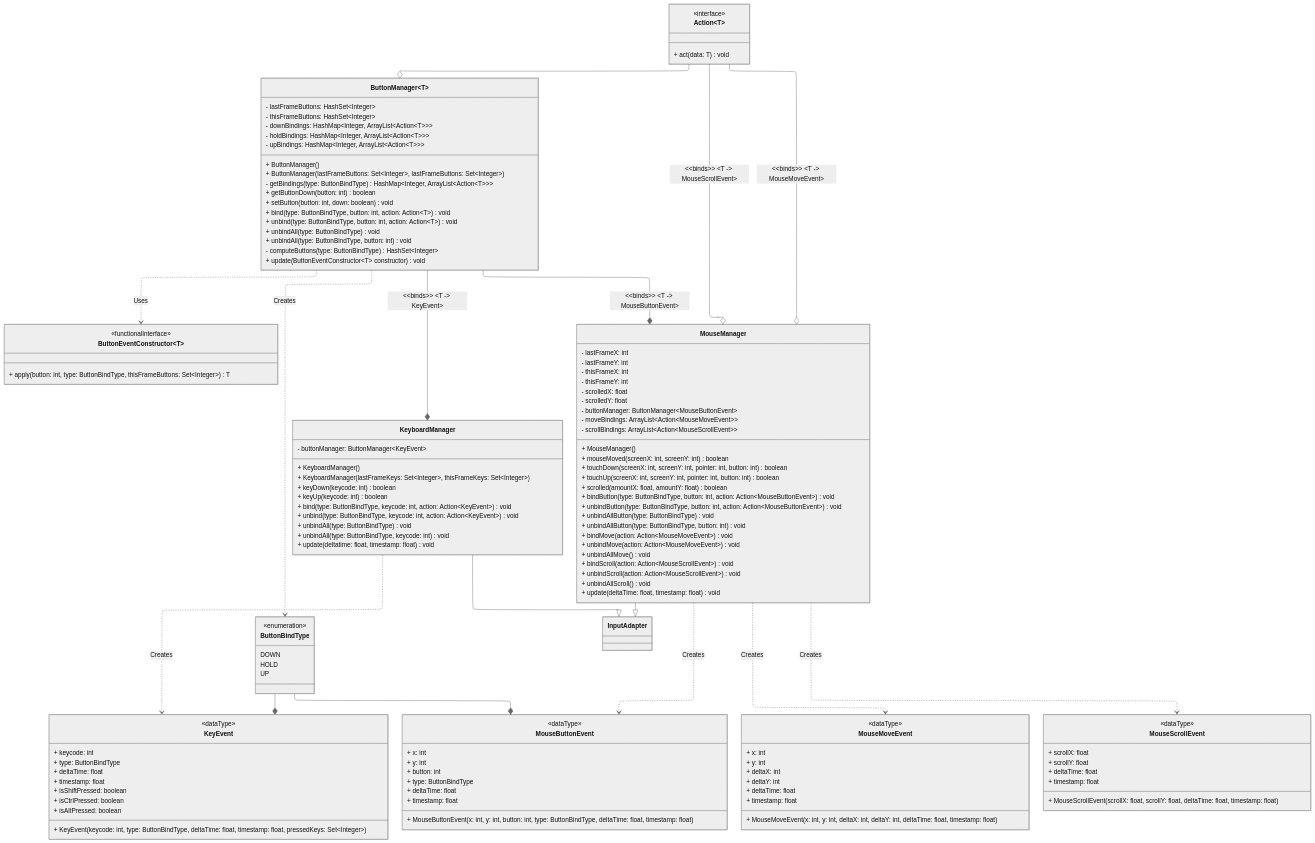
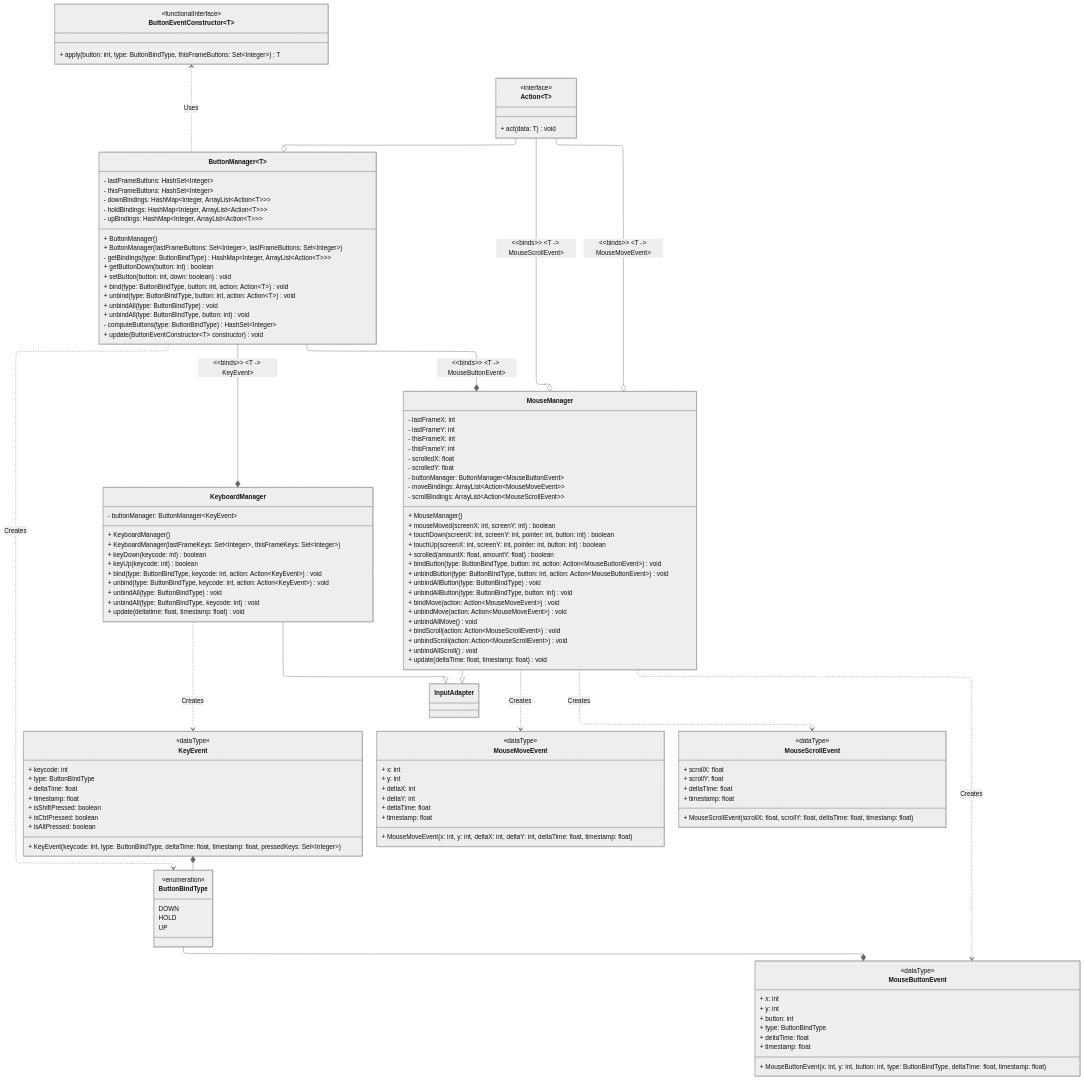
Before and after one commit to TemariVirus/harbour-franca: the diagram in class-diagram/input.mmd, drawn with Mermaid. The commit also changed 2 other files, not shown here.

Commit message:
Layout class diagrams nicely

```diff
--- a/class-diagram/input.mmd
+++ b/class-diagram/input.mmd
@@ -1,160 +1,160 @@
 ---
 config:
     theme: neutral
     layout: elk
     defaultRenderer: elk
     elk:
         nodePlacementStrategy: NETWORK_SIMPLEX
 ---
 
 classDiagram
-    ButtonBindType --* KeyEvent
+    KeyEvent *-- ButtonBindType
     ButtonBindType --* MouseButtonEvent
     Action~T~ --o ButtonManager~T~
     ButtonManager~T~ ..> ButtonBindType: Creates
-    ButtonManager~T~ ..> ButtonEventConstructor~T~: Uses
+    ButtonEventConstructor~T~ <.. ButtonManager~T~: Uses
     ButtonManager~T~ --* KeyboardManager: #60;#60;binds#62;#62; #60;T -> KeyEvent#62;
     KeyboardManager --|> InputAdapter
+    MouseManager --|> InputAdapter
     KeyboardManager ..> KeyEvent: Creates
     Action~T~ --o MouseManager: #60;#60;binds#62;#62; #60;T -> MouseMoveEvent#62;
     Action~T~ --o MouseManager: #60;#60;binds#62;#62; #60;T -> MouseScrollEvent#62;
     ButtonManager~T~ --* MouseManager: #60;#60;binds#62;#62; #60;T -> MouseButtonEvent#62;
     MouseManager ..> MouseButtonEvent: Creates
     MouseManager ..> MouseMoveEvent: Creates
     MouseManager ..> MouseScrollEvent: Creates
-    MouseManager --|> InputAdapter
 
 
     class Action~T~ {
         <<interface>>
 
         + act(data: T) void
     }
 
     class ButtonBindType {
         <<enumeration>>
 
         DOWN
         HOLD
         UP
     }
 
     class ButtonEventConstructor~T~ {
         <<functionalInterface>>
 
         + apply(button: int, type: ButtonBindType, thisFrameButtons: Set~Integer~) T
     }
 
     class ButtonManager~T~ {
         - lastFrameButtons: HashSet~Integer~
         - thisFrameButtons: HashSet~Integer~
         - downBindings: HashMap~Integer&comma; ArrayList~Action~T~~~
         - holdBindings: HashMap~Integer&comma; ArrayList~Action~T~~~
         - upBindings: HashMap~Integer&comma; ArrayList~Action~T~~~
 
         + ButtonManager()
         + ButtonManager(lastFrameButtons: Set~Integer~, lastFrameButtons: Set~Integer~)
         - getBindings(type: ButtonBindType) HashMap~Integer&comma; ArrayList~Action~T~~~
         + getButtonDown(button: int) boolean
         + setButton(button: int, down: boolean) void
         + bind(type: ButtonBindType, button: int, action: Action~T~) void
         + unbind(type: ButtonBindType, button: int, action: Action~T~) void
         + unbindAll(type: ButtonBindType) void
         + unbindAll(type: ButtonBindType, button: int) void
         - computeButtons(type: ButtonBindType) HashSet~Integer~
         + update(ButtonEventConstructor~T~ constructor) void
     }
 
     class KeyboardManager {
         - buttonManager: ButtonManager~KeyEvent~
 
         + KeyboardManager()
         + KeyboardManager(lastFrameKeys: Set~Integer~, thisFrameKeys: Set~Integer~)
         + keyDown(keycode: int) boolean
         + keyUp(keycode: int) boolean
         + bind(type: ButtonBindType, keycode: int, action: Action~KeyEvent~) void
         + unbind(type: ButtonBindType, keycode: int, action: Action~KeyEvent~) void
         + unbindAll(type: ButtonBindType) void
         + unbindAll(type: ButtonBindType, keycode: int) void
         + update(deltatime: float, timestamp: float) void
     }
 
     class KeyEvent {
         <<dataType>>
 
         + keycode: int
         + type: ButtonBindType
         + deltaTime: float
         + timestamp: float
         + isShiftPressed: boolean
         + isCtrlPressed: boolean
         + isAltPressed: boolean
 
         + KeyEvent(keycode: int, type: ButtonBindType, deltaTime: float, timestamp: float, pressedKeys: Set~Integer~)
     }
 
     class MouseButtonEvent {
         <<dataType>>
 
         + x: int
         + y: int
         + button: int
         + type: ButtonBindType
         + deltaTime: float
         + timestamp: float
 
         + MouseButtonEvent(x: int, y: int, button: int, type: ButtonBindType, deltaTime: float, timestamp: float)
     }
 
     class MouseManager {
         - lastFrameX: int
         - lastFrameY: int
         - thisFrameX: int
         - thisFrameY: int
         - scrolledX: float
         - scrolledY: float
         - buttonManager: ButtonManager~MouseButtonEvent~
         - moveBindings: ArrayList~Action~MouseMoveEvent~~
         - scrollBindings: ArrayList~Action~MouseScrollEvent~~
 
         + MouseManager()
         + mouseMoved(screenX: int, screenY: int) boolean
         + touchDown(screenX: int, screenY: int, pointer: int, button: int) boolean
         + touchUp(screenX: int, screenY: int, pointer: int, button: int) boolean
         + scrolled(amountX: float, amountY: float) boolean
         + bindButton(type: ButtonBindType, button: int, action: Action~MouseButtonEvent~) void
         + unbindButton(type: ButtonBindType, button: int, action: Action~MouseButtonEvent~) void
         + unbindAllButton(type: ButtonBindType) void
         + unbindAllButton(type: ButtonBindType, button: int) void
         + bindMove(action: Action~MouseMoveEvent~) void
         + unbindMove(action: Action~MouseMoveEvent~) void
         + unbindAllMove() void
         + bindScroll(action: Action~MouseScrollEvent~) void
         + unbindScroll(action: Action~MouseScrollEvent~) void
         + unbindAllScroll() void
         + update(deltaTime: float, timestamp: float) void
     }
 
     class MouseMoveEvent {
         <<dataType>>
 
         + x: int
         + y: int
         + deltaX: int
         + deltaY: int
         + deltaTime: float
         + timestamp: float
 
         + MouseMoveEvent(x: int, y: int, deltaX: int, deltaY: int, deltaTime: float, timestamp: float)
     }
 
     class MouseScrollEvent {
         <<dataType>>
 
         + scrollX: float
         + scrollY: float
         + deltaTime: float
         + timestamp: float
 
         + MouseScrollEvent(scrollX: float, scrollY: float, deltaTime: float, timestamp: float)
     }
```
